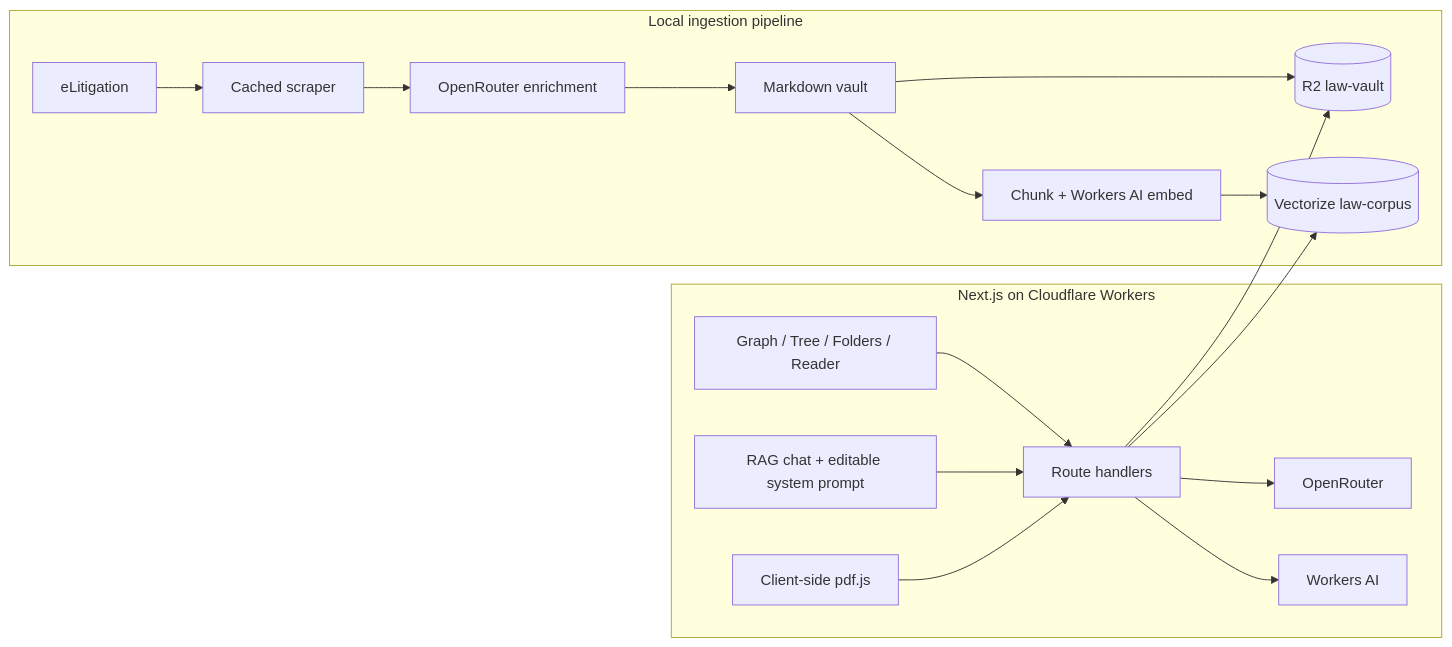
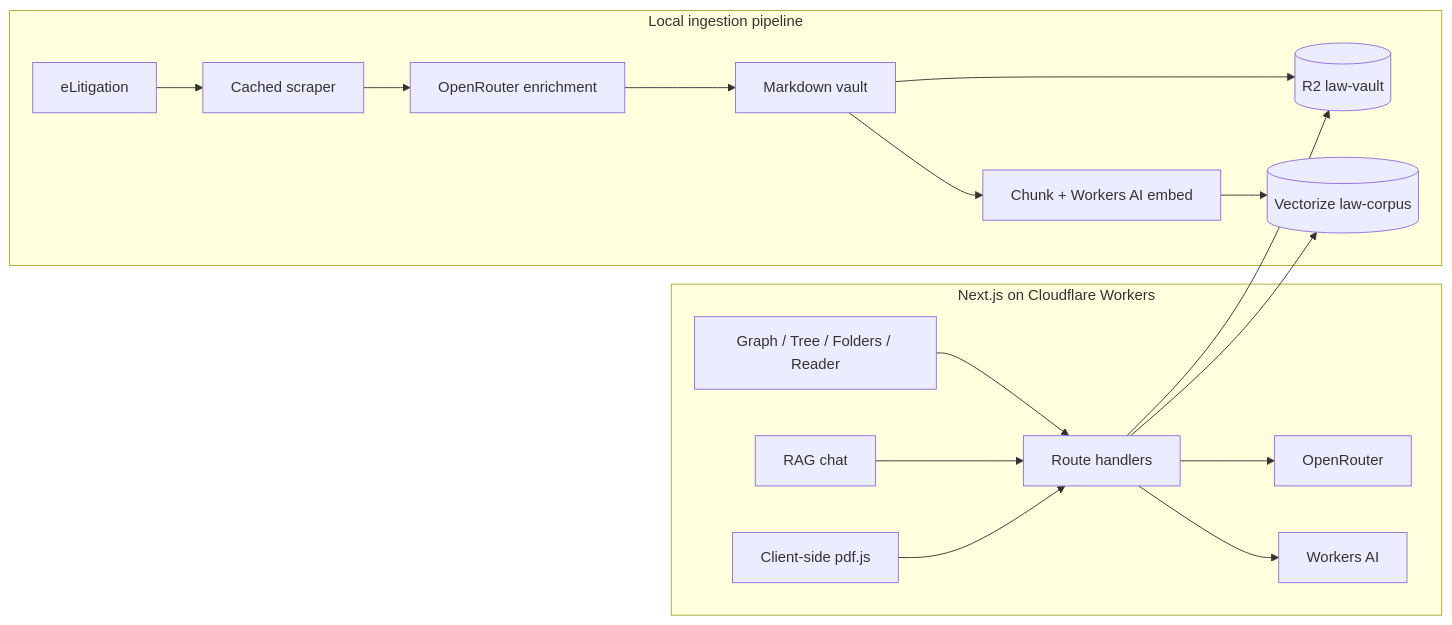
One commit to EdmundLimBoEn/ONE-AI-Hackathon changed the diagram in README.md. Above: the diagram before and after it, drawn with Mermaid. The commit also changed other lines of this file and 6 other files, not shown here.

First line of the commit message:
Remove editable system prompt from lawyer-facing chat

````diff
--- a/README.md
+++ b/README.md
@@ -36,20 +36,20 @@
 ```mermaid
 flowchart LR
   subgraph pipeline [Local ingestion pipeline]
     E[eLitigation] --> S[Cached scraper]
     S --> L[OpenRouter enrichment]
     L --> V[Markdown vault]
     V --> R2[(R2 law-vault)]
     V --> X[Chunk + Workers AI embed]
     X --> VX[(Vectorize law-corpus)]
   end
   subgraph worker [Next.js on Cloudflare Workers]
     UI[Graph / Tree / Folders / Reader] --> API[Route handlers]
-    CHAT[RAG chat + editable system prompt] --> API
+    CHAT[RAG chat] --> API
     PDF[Client-side pdf.js] --> API
     API --> R2
     API --> VX
     API --> OR[OpenRouter]
     API --> AI[Workers AI]
   end
 ```
````
